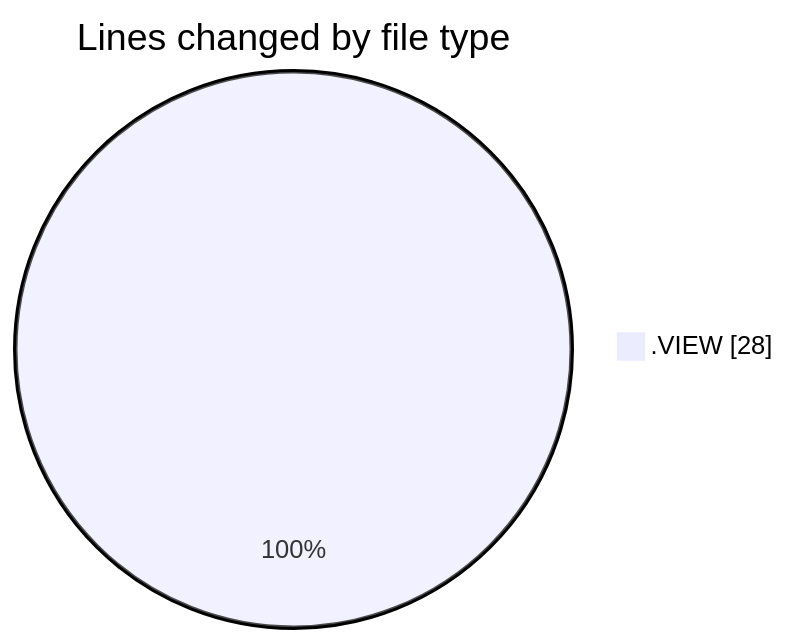
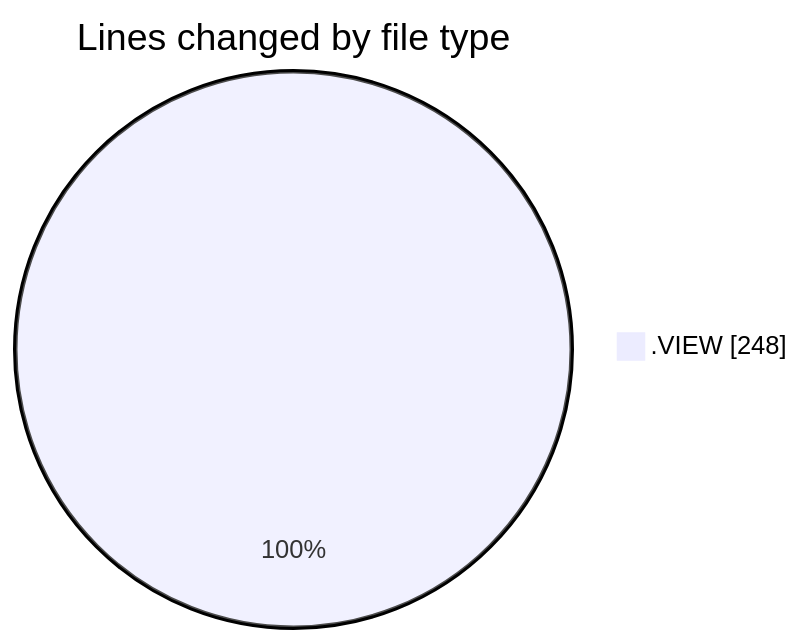
Before and after one commit to ricardozamudiocil/code-tracking: the first of 2 diagrams in 2026-04-12/objetosbd/README.md, drawn with Mermaid. The commit also changed other lines of this file and 1 other file, not shown here.

````diff
--- a/2026-04-12/objetosbd/README.md
+++ b/2026-04-12/objetosbd/README.md
@@ -21,5 +23,5 @@
 ```mermaid
 pie showData
 title Lines changed by file type
-".VIEW" : 28
+".VIEW" : 248
 ```
````
